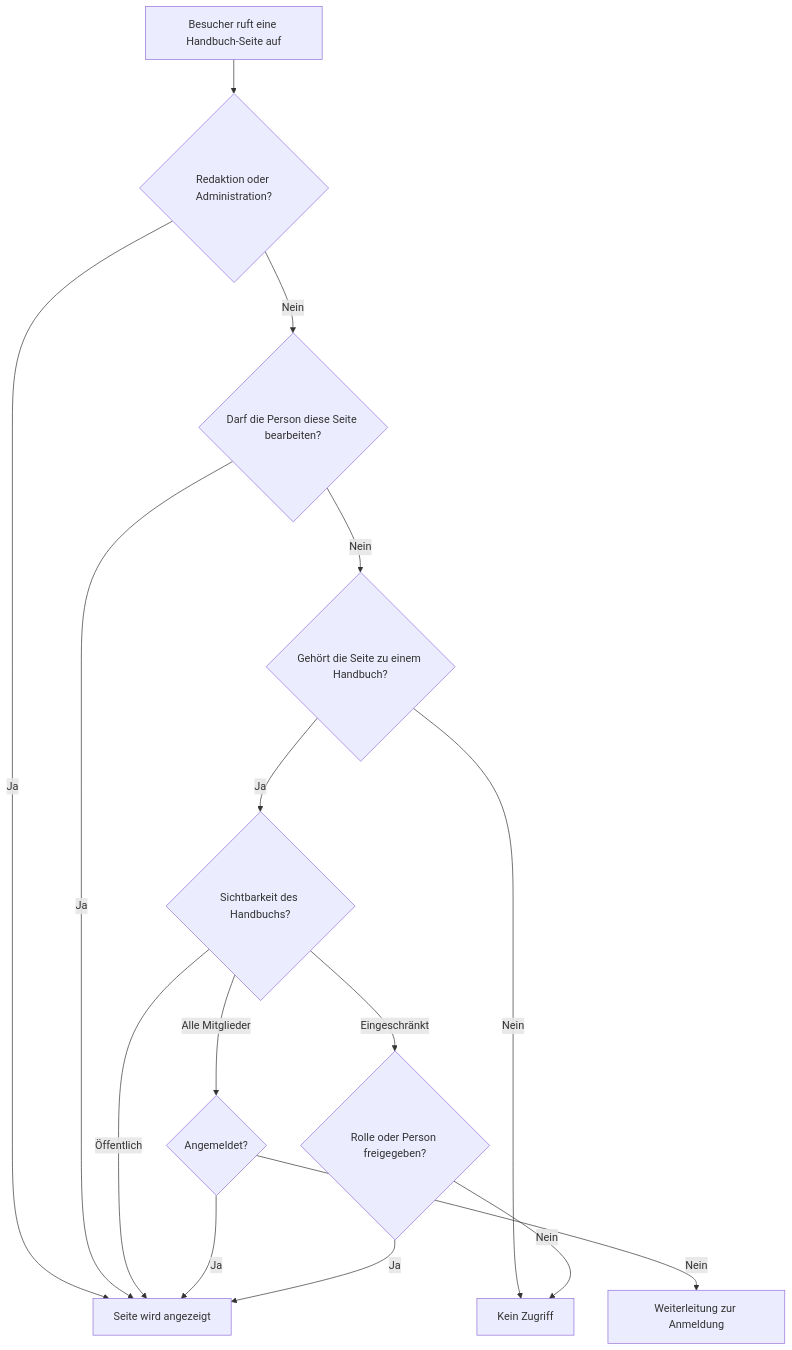
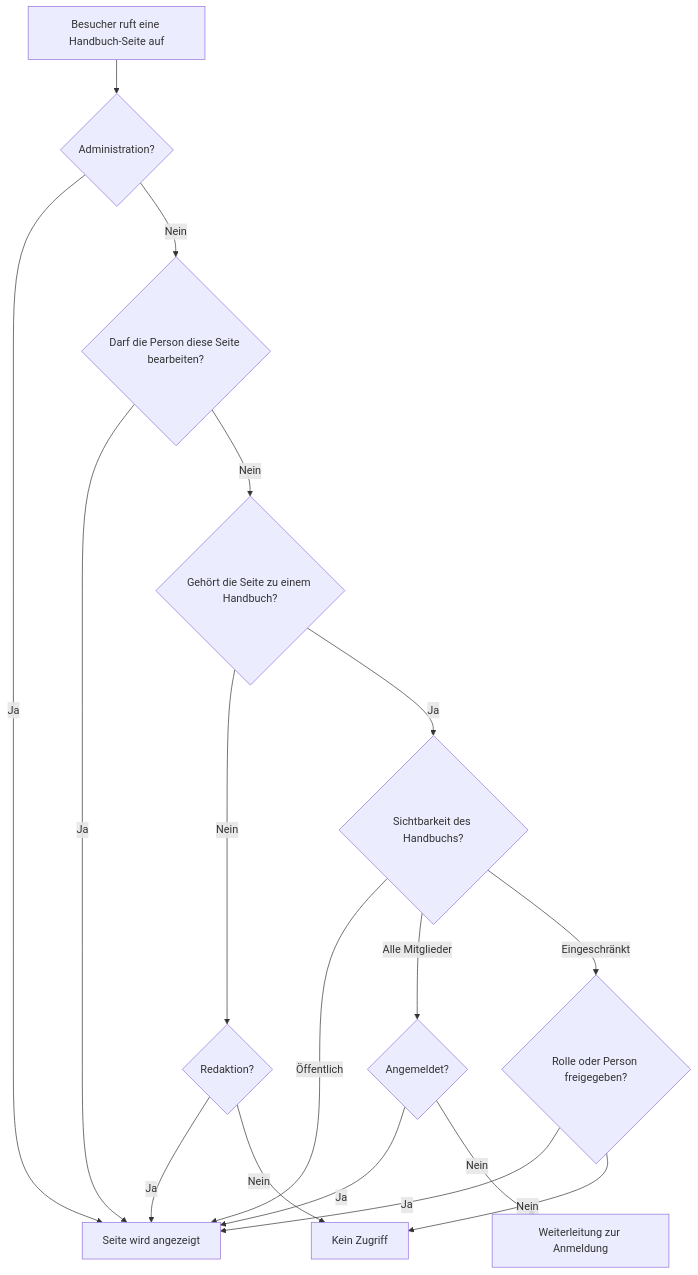
One commit to rfluethi/living-handbook changed the diagram in docs/user/de/living-handbook/zugriff/zugriff-verstehen.md. Above: the diagram before and after it, drawn with Mermaid. The commit also changed other lines of this file and 49 other files, not shown here.

````diff
--- a/docs/user/de/living-handbook/zugriff/zugriff-verstehen.md
+++ b/docs/user/de/living-handbook/zugriff/zugriff-verstehen.md
@@ -11,17 +11,19 @@
 ```mermaid
 graph TD;
-  A["Besucher ruft eine Handbuch-Seite auf"] --> R{"Redaktion oder Administration?"};
+  A["Besucher ruft eine Handbuch-Seite auf"] --> R{"Administration?"};
   R -->|"Ja"| Y["Seite wird angezeigt"];
   R -->|"Nein"| W{"Darf die Person diese Seite bearbeiten?"};
   W -->|"Ja"| Y;
   W -->|"Nein"| B{"Gehört die Seite zu einem Handbuch?"};
-  B -->|"Nein"| X["Kein Zugriff"];
+  B -->|"Nein"| N{"Redaktion?"};
+  N -->|"Ja"| Y;
+  N -->|"Nein"| X["Kein Zugriff"];
   B -->|"Ja"| C{"Sichtbarkeit des Handbuchs?"};
   C -->|"Öffentlich"| Y["Seite wird angezeigt"];
   C -->|"Alle Mitglieder"| D{"Angemeldet?"};
   C -->|"Eingeschränkt"| E{"Rolle oder Person freigegeben?"};
   D -->|"Ja"| Y;
   D -->|"Nein"| L["Weiterleitung zur Anmeldung"];
   E -->|"Ja"| Y;
   E -->|"Nein"| X;
 ```
````
